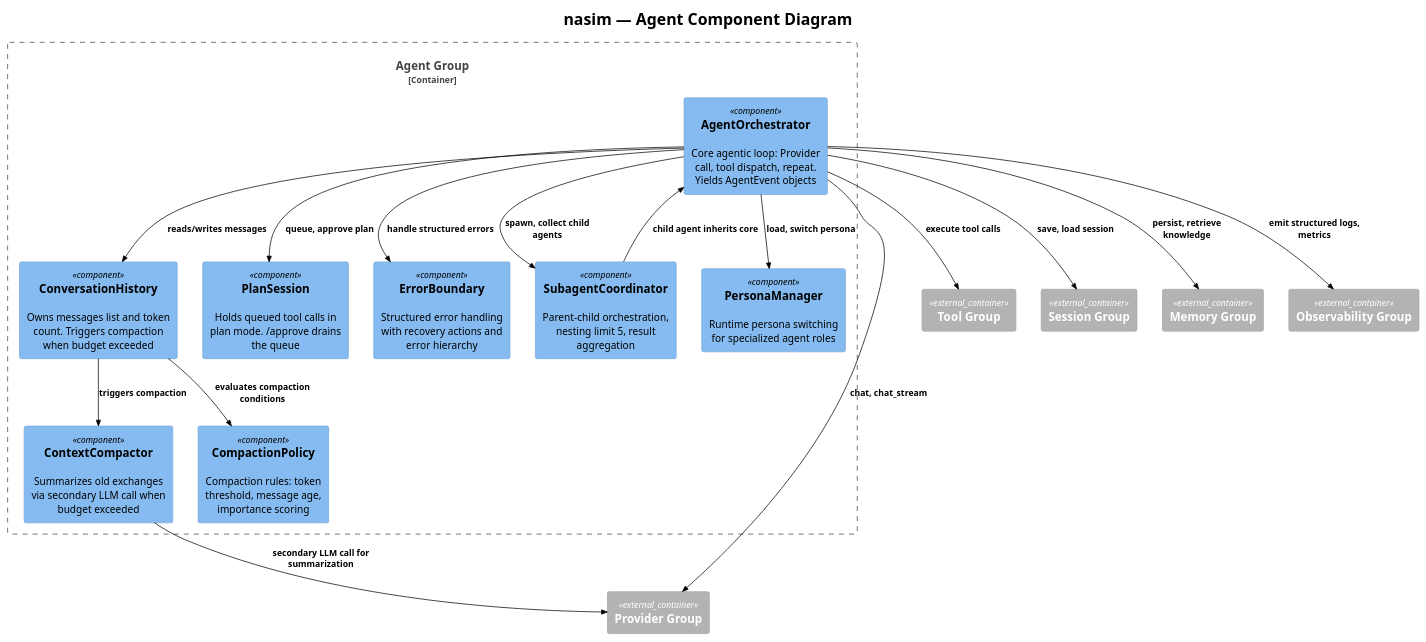
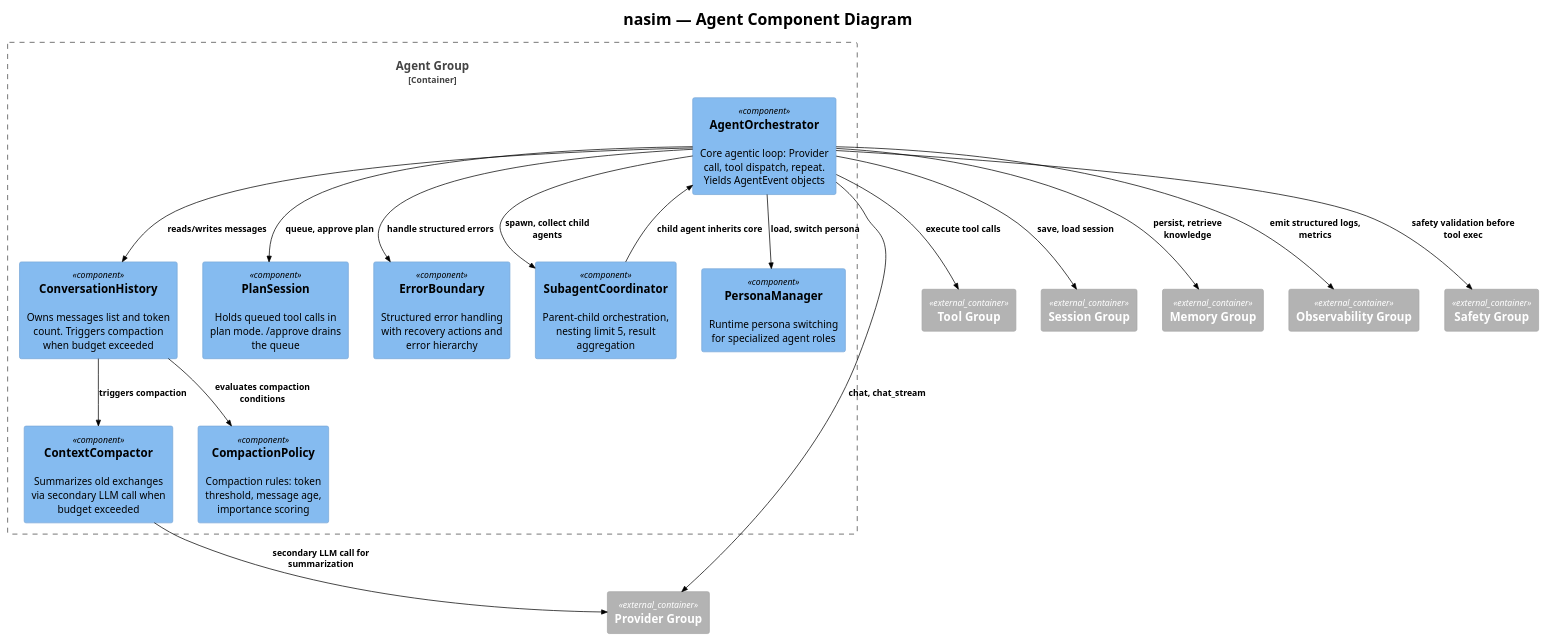
One commit to salimnamvar/nasim changed the diagram in docs/C4/c4_nasim_component_agent.puml. Above: the diagram before and after it, drawn with PlantUML. The commit also changed 10 other files, not shown here.

First line of the commit message:
docs: Refactor documentation and code structure for nasim architecture

```diff
--- a/docs/C4/c4_nasim_component_agent.puml
+++ b/docs/C4/c4_nasim_component_agent.puml
@@ -1,50 +1,52 @@
 @startuml c4_nasim_component_agent
 !include https://raw.githubusercontent.com/plantuml-stdlib/C4-PlantUML/v2.10.0/C4_Component.puml
 !theme plain
 
 
 ' ============================================================
 ' Title:     nasim — Agent Component Diagram
 ' Boundary:  nasim core library — Agent group
 ' Purpose:   Agent layer internal components
 ' Milestone: v1.0
 ' Version:   6.0.0
 ' Source:    docs/prompt/p1.md — corrective architecture review
 ' Review:    docs/audit/audit.2026.06.20.comprehensive.reference.audit.md
 ' ============================================================
 
 title nasim — Agent Component Diagram
 
 Container_Boundary(agent_boundary, "Agent Group") {
     Component(agent_orch, "AgentOrchestrator", "", "Core agentic loop: Provider call, tool dispatch, repeat. Yields AgentEvent objects")
     Component(conv_history, "ConversationHistory", "", "Owns messages list and token count. Triggers compaction when budget exceeded")
     Component(compactor, "ContextCompactor", "", "Summarizes old exchanges via secondary LLM call when budget exceeded")
     Component(plan_session, "PlanSession", "", "Holds queued tool calls in plan mode. /approve drains the queue")
     Component(subagent_coord, "SubagentCoordinator", "", "Parent-child orchestration, nesting limit 5, result aggregation")
     Component(error_boundary, "ErrorBoundary", "", "Structured error handling with recovery actions and error hierarchy")
     Component(persona_mgr, "PersonaManager", "", "Runtime persona switching for specialized agent roles")
     Component(compaction_policy, "CompactionPolicy", "", "Compaction rules: token threshold, message age, importance scoring")
 }
 
 Container_Ext(provider_boundary, "Provider Group")
 Container_Ext(tool_boundary, "Tool Group")
 Container_Ext(session_boundary, "Session Group")
 Container_Ext(memory_boundary, "Memory Group")
 Container_Ext(observability_group, "Observability Group")
+Container_Ext(safety_boundary, "Safety Group")
 
 Rel(agent_orch, provider_boundary, "chat, chat_stream")
 Rel(agent_orch, tool_boundary, "execute tool calls")
 Rel(agent_orch, conv_history, "reads/writes messages")
+Rel(agent_orch, safety_boundary, "safety validation before tool exec")
 Rel(agent_orch, subagent_coord, "spawn, collect child agents")
 Rel(agent_orch, error_boundary, "handle structured errors")
 Rel(agent_orch, persona_mgr, "load, switch persona")
 Rel(agent_orch, memory_boundary, "persist, retrieve knowledge")
 Rel(agent_orch, session_boundary, "save, load session")
 Rel(agent_orch, observability_group, "emit structured logs, metrics")
 Rel(agent_orch, plan_session, "queue, approve plan")
 Rel(conv_history, compactor, "triggers compaction")
 Rel(conv_history, compaction_policy, "evaluates compaction conditions")
 Rel(compactor, provider_boundary, "secondary LLM call for summarization")
 Rel(subagent_coord, agent_orch, "child agent inherits core")
 
 @enduml
```
